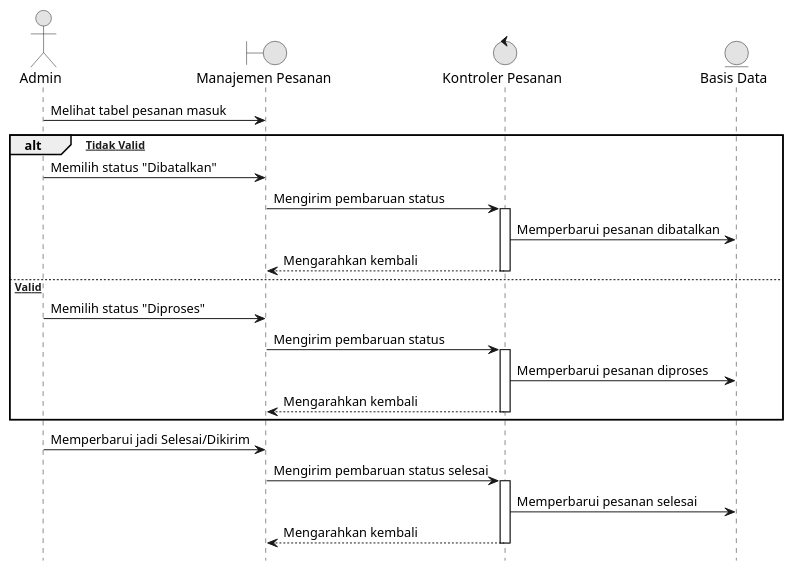
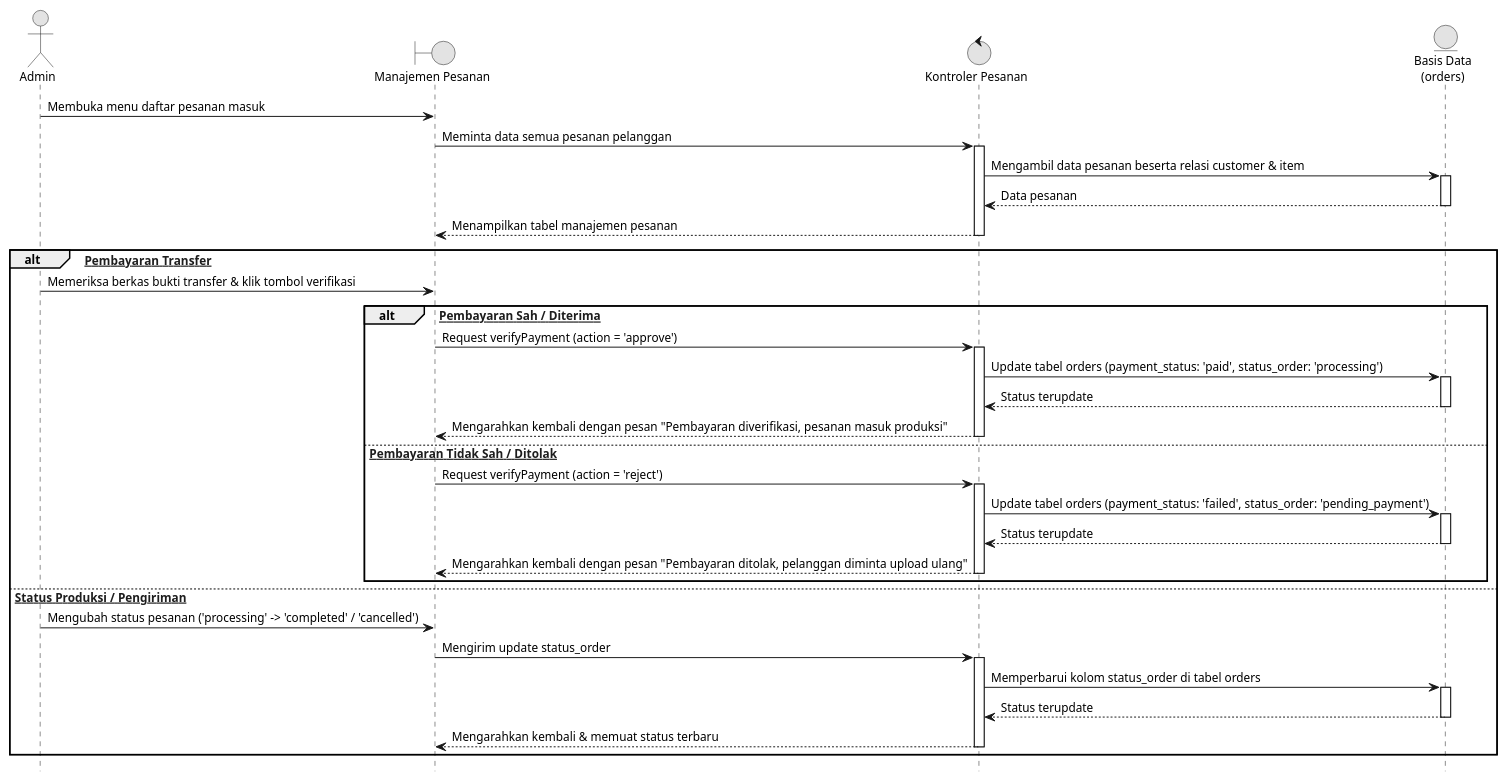
One commit to Reyonl/project_TA changed the tenth of 11 diagrams in docs/diagrams/semua_diagram.puml. Above: the diagram before and after it, drawn with PlantUML. The commit also changed other lines of this file and 25 other files, not shown here.

Commit message:
docs: regenerate thesis diagrams, add class/LRS diagrams and viewers

```diff
--- a/docs/diagrams/semua_diagram.puml
+++ b/docs/diagrams/semua_diagram.puml
@@ -359,35 +425,56 @@
 @startuml 10_Kelola_Pesanan
 hide footbox
+skinparam backgroundColor white
 skinparam monochrome true
 skinparam shadowing false
+skinparam DefaultFontName Arial
+skinparam DefaultFontSize 12
 
 actor "Admin" as Admin
 boundary "Manajemen Pesanan" as View
 control "Kontroler Pesanan" as Controller
-entity "Basis Data" as DB
+entity "Basis Data\n(orders)" as DB
 
-Admin -> View : Melihat tabel pesanan masuk
+Admin -> View : Membuka menu daftar pesanan masuk
+View -> Controller : Meminta data semua pesanan pelanggan
+activate Controller
+Controller -> DB : Mengambil data pesanan beserta relasi customer & item
+activate DB
+DB --> Controller : Data pesanan
+deactivate DB
+Controller --> View : Menampilkan tabel manajemen pesanan
+deactivate Controller
 
-alt [Bukti Tidak Valid]
-    Admin -> View : Memilih status "Dibatalkan"
-    View -> Controller : Mengirim pembaruan status
+alt [Verifikasi Pembayaran Transfer]
+    Admin -> View : Memeriksa berkas bukti transfer & klik tombol verifikasi
+    alt [Bukti Pembayaran Sah / Diterima]
+        View -> Controller : Request verifyPayment (action = 'approve')
+        activate Controller
+        Controller -> DB : Update tabel orders (payment_status: 'paid', status_order: 'processing')
+        activate DB
+        DB --> Controller : Status terupdate
+        deactivate DB
+        Controller --> View : Mengarahkan kembali dengan pesan "Pembayaran diverifikasi, pesanan masuk produksi"
+        deactivate Controller
+    else [Bukti Pembayaran Tidak Sah / Ditolak]
+        View -> Controller : Request verifyPayment (action = 'reject')
+        activate Controller
+        Controller -> DB : Update tabel orders (payment_status: 'failed', status_order: 'pending_payment')
+        activate DB
+        DB --> Controller : Status terupdate
+        deactivate DB
+        Controller --> View : Mengarahkan kembali dengan pesan "Pembayaran ditolak, pelanggan diminta upload ulang"
+        deactivate Controller
+    end
+else [Pembaruan Status Produksi / Pengiriman]
+    Admin -> View : Mengubah status pesanan ('processing' -> 'completed' / 'cancelled')
+    View -> Controller : Mengirim update status_order
     activate Controller
-    Controller -> DB : Memperbarui pesanan dibatalkan
-    Controller --> View : Mengarahkan kembali
-    deactivate Controller
-else [Bukti Valid]
-    Admin -> View : Memilih status "Diproses"
-    View -> Controller : Mengirim pembaruan status
-    activate Controller
-    Controller -> DB : Memperbarui pesanan diproses
-    Controller --> View : Mengarahkan kembali
+    Controller -> DB : Memperbarui kolom status_order di tabel orders
+    activate DB
+    DB --> Controller : Status terupdate
+    deactivate DB
+    Controller --> View : Mengarahkan kembali & memuat status terbaru
     deactivate Controller
 end
-
-Admin -> View : Memperbarui jadi Selesai/Dikirim
-View -> Controller : Mengirim pembaruan status selesai
-activate Controller
-Controller -> DB : Memperbarui pesanan selesai
-Controller --> View : Mengarahkan kembali
-deactivate Controller
 @enduml
```
